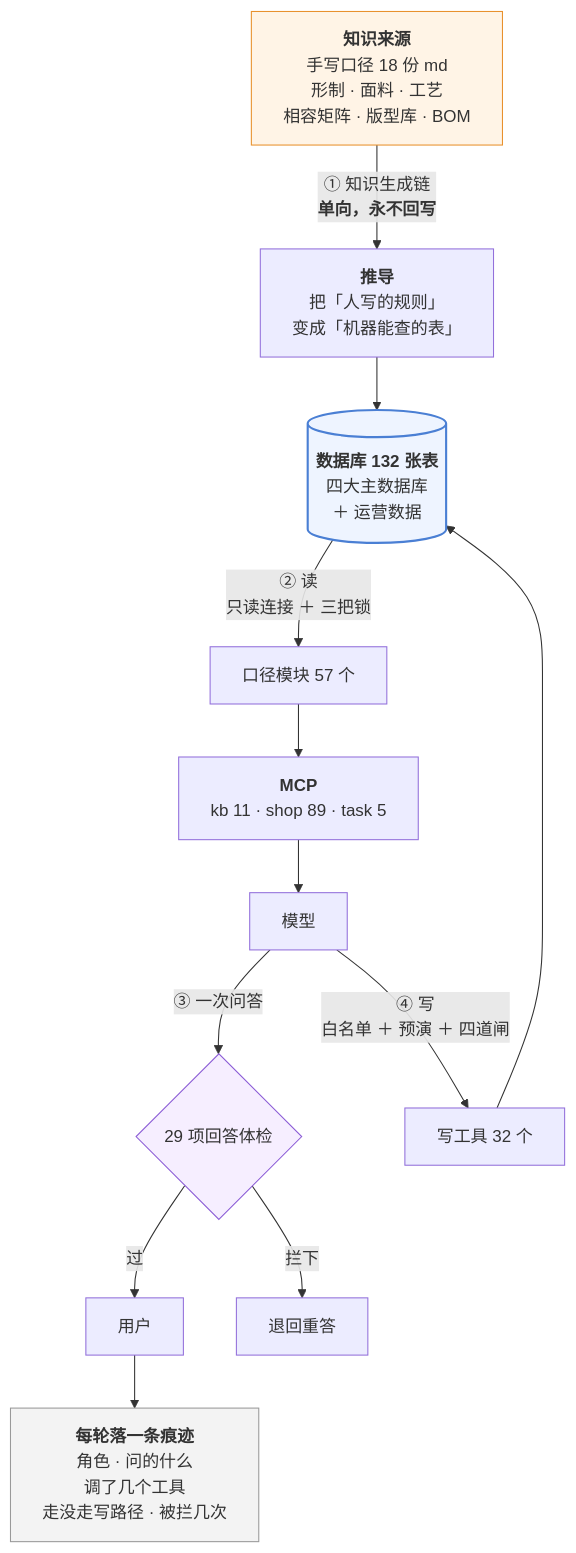
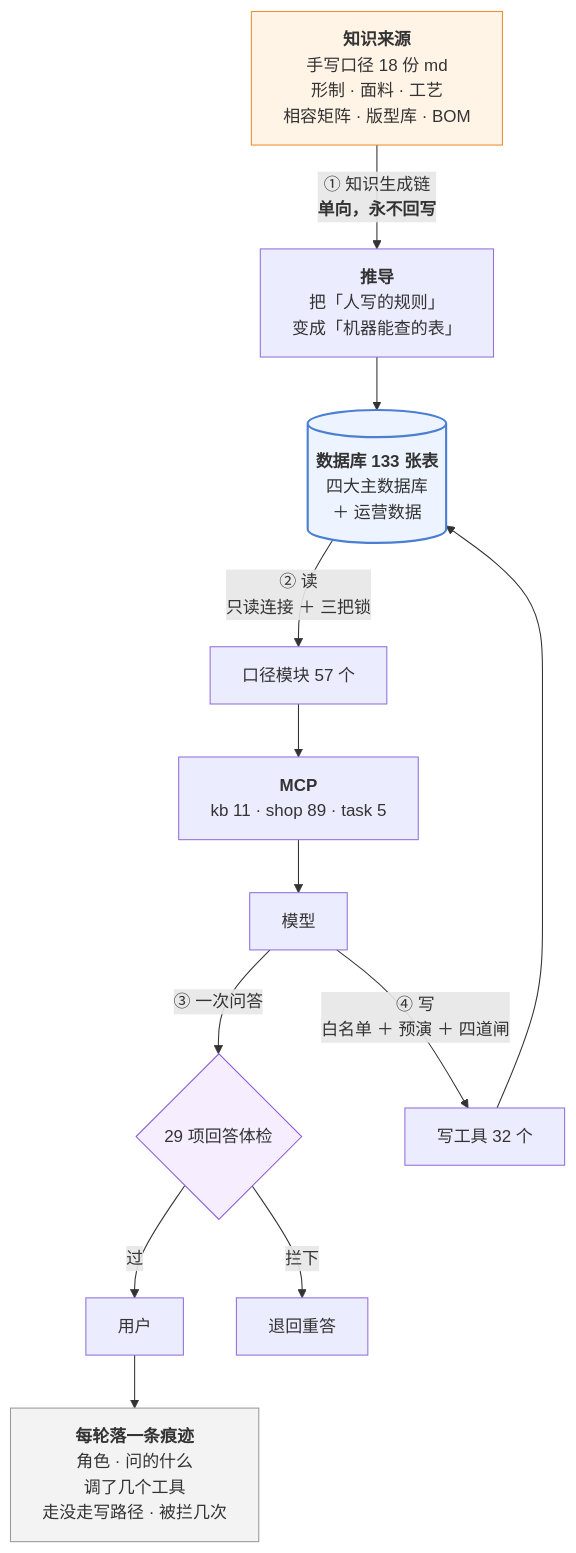
Before and after one commit to 843773296-rgb/lanxiu-yunshang-agent: the third of 3 diagrams in 澜绣云裳agent-产品说明.md, drawn with Mermaid. The commit also changed other lines of this file and 6 other files, not shown here.

````diff
--- a/澜绣云裳agent-产品说明.md
+++ b/澜绣云裳agent-产品说明.md
@@ -1050,24 +1050,24 @@
 ```mermaid
 flowchart TD
     MD["<b>知识来源</b><br/>手写口径 18 份 md<br/>形制 · 面料 · 工艺<br/>相容矩阵 · 版型库 · BOM"]
     MD -->|"① 知识生成链<br/><b>单向，永不回写</b>"| DV["<b>推导</b><br/>把「人写的规则」<br/>变成「机器能查的表」"]
-    DV --> DB[("<b>数据库 132 张表</b><br/>四大主数据库<br/>＋ 运营数据")]
+    DV --> DB[("<b>数据库 133 张表</b><br/>四大主数据库<br/>＋ 运营数据")]
 
     DB -->|"② 读<br/>只读连接 ＋ 三把锁"| KJ["口径模块 57 个"]
     KJ --> MCP["<b>MCP</b><br/>kb 11 · shop 89 · task 5"]
     MCP --> LLM["模型"]
 
     LLM -->|"③ 一次问答"| GD{"29 项回答体检"}
     GD -- 过 --> U["用户"]
     GD -- 拦下 --> RE["退回重答"]
 
     LLM -->|"④ 写<br/>白名单 ＋ 预演 ＋ 四道闸"| W["写工具 32 个"]
     W --> DB
 
     U --> TR["<b>每轮落一条痕迹</b><br/>角色 · 问的什么<br/>调了几个工具<br/>走没走写路径 · 被拦几次"]
 
     style MD fill:#fff4e6,stroke:#e8912d
     style DB fill:#eef4ff,stroke:#4a7fd4,stroke-width:2px
     style GD fill:#f6eeff,stroke:#8b5cd6
     style TR fill:#f3f3f3,stroke:#999
 ```
````
